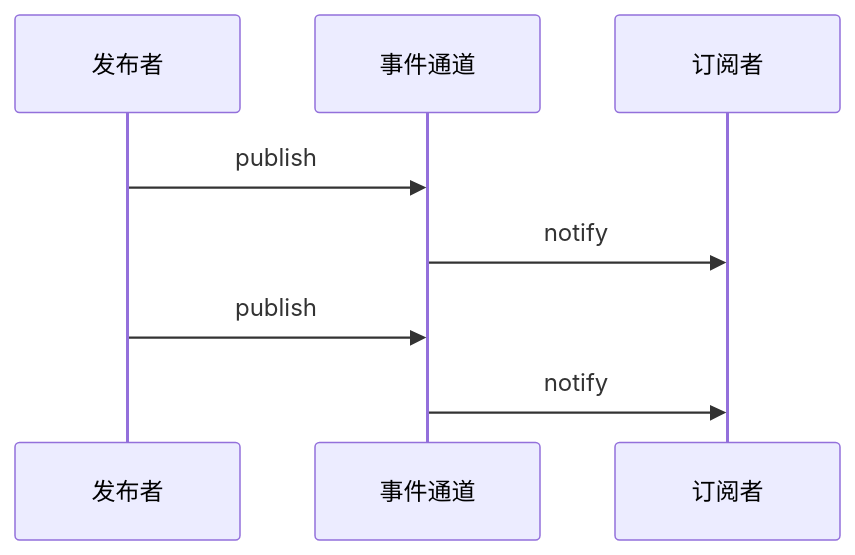
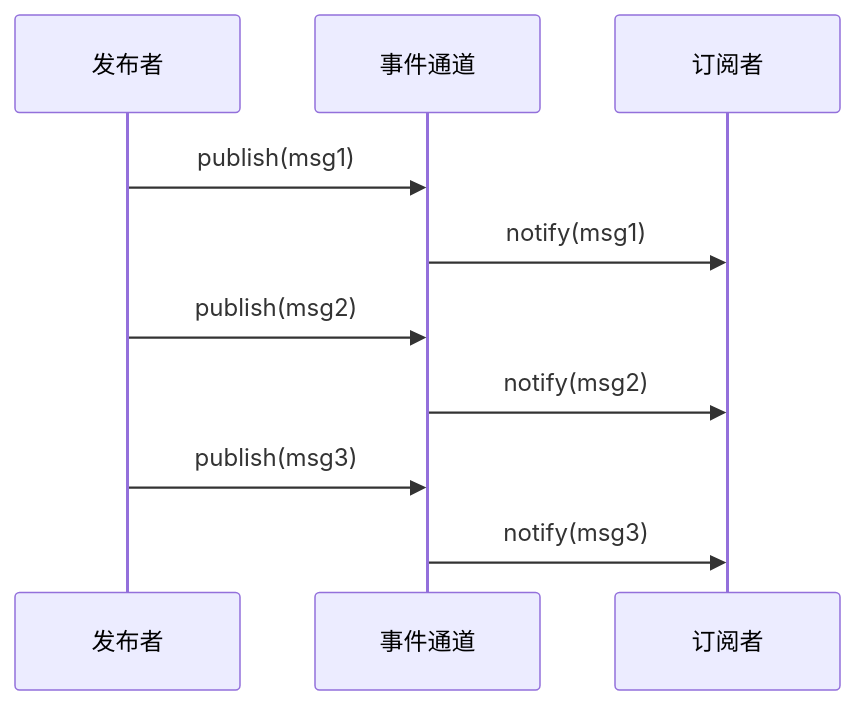
One commit to ykshang/interview changed the diagram in docs/Algorithm/1.md. Above: the diagram before and after it, drawn with Mermaid. The commit also changed 3 other files, not shown here.

````diff
--- a/docs/Algorithm/1.md
+++ b/docs/Algorithm/1.md
@@ -39,8 +39,9 @@
-```mermaid
+```mermaid 图示
 sequenceDiagram
-  发布者 ->> 事件通道: publish
-  事件通道 ->> 订阅者: notify
-  发布者 ->> 事件通道: publish
-  事件通道 ->> 订阅者: notify
-
+  发布者 ->> 事件通道: publish(msg1)
+  事件通道 ->> 订阅者: notify(msg1)
+  发布者 ->> 事件通道: publish(msg2)
+  事件通道 ->> 订阅者: notify(msg2)
+  发布者 ->> 事件通道: publish(msg3)
+  事件通道 ->> 订阅者: notify(msg3)
 ```
````
